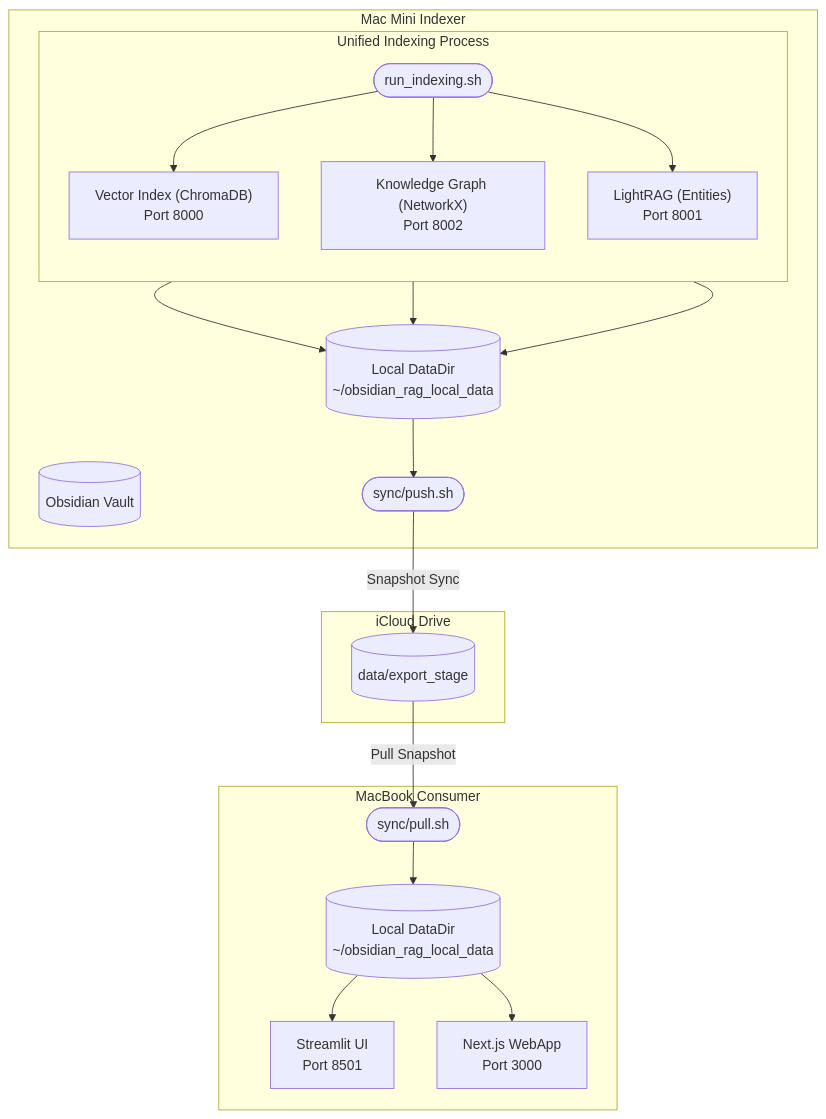
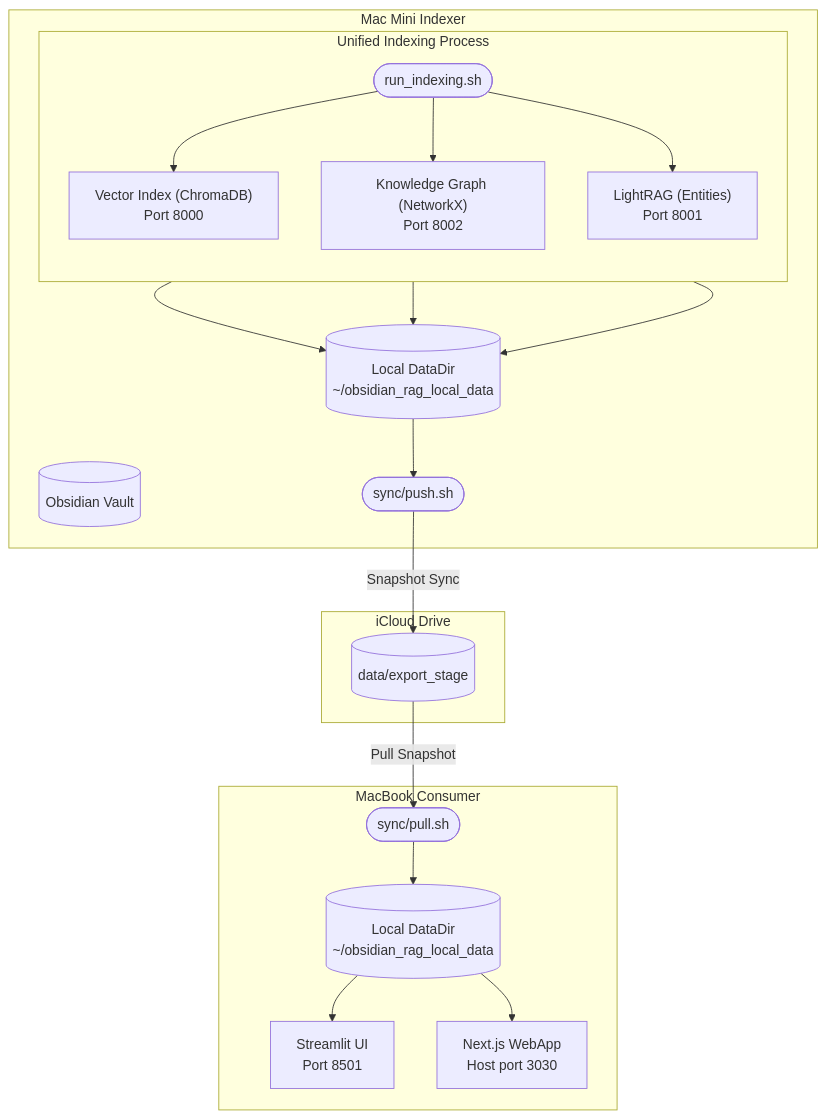
Before and after one commit to powskierman/obsidian_rag: the diagram in Documentation/operations/setup/INDEXING_SCRIPTS_GUIDE.md, drawn with Mermaid. The commit also changed 35 other files, not shown here.

First line of the commit message:
docs: prune stale docs, fix flowcharts, document missing functionality

````diff
--- a/Documentation/operations/setup/INDEXING_SCRIPTS_GUIDE.md
+++ b/Documentation/operations/setup/INDEXING_SCRIPTS_GUIDE.md
@@ -179,29 +179,29 @@
 ```mermaid
 flowchart TD
     subgraph Mini [Mac Mini Indexer]
         Vault[("Obsidian Vault")]
         
         subgraph Indexers [Unified Indexing Process]
             direction TB
             Script(["run_indexing.sh"])
             Vector["Vector Index (ChromaDB)<br>Port 8000"]
             Graph["Knowledge Graph (NetworkX)<br>Port 8002"]
             LR["LightRAG (Entities)<br>Port 8001"]
         end
         
         Script --> Vector & Graph & LR
         Vector & Graph & LR --> LocalData[("Local DataDir<br>~/obsidian_rag_local_data")]
         LocalData --> PushScript(["sync/push.sh"])
     end
 
     subgraph Cloud [iCloud Drive]
         PushScript -->|Snapshot Sync| CloudStore[("data/export_stage")]
     end
 
     subgraph MB [MacBook Consumer]
         CloudStore -->|Pull Snapshot| PullScript(["sync/pull.sh"])
         PullScript --> MBLocal[("Local DataDir<br>~/obsidian_rag_local_data")]
         MBLocal --> Streamlit["Streamlit UI<br>Port 8501"]
-        MBLocal --> WebApp["Next.js WebApp<br>Port 3000"]
+        MBLocal --> WebApp["Next.js WebApp<br>Host port 3030"]
     end
 ```
````
